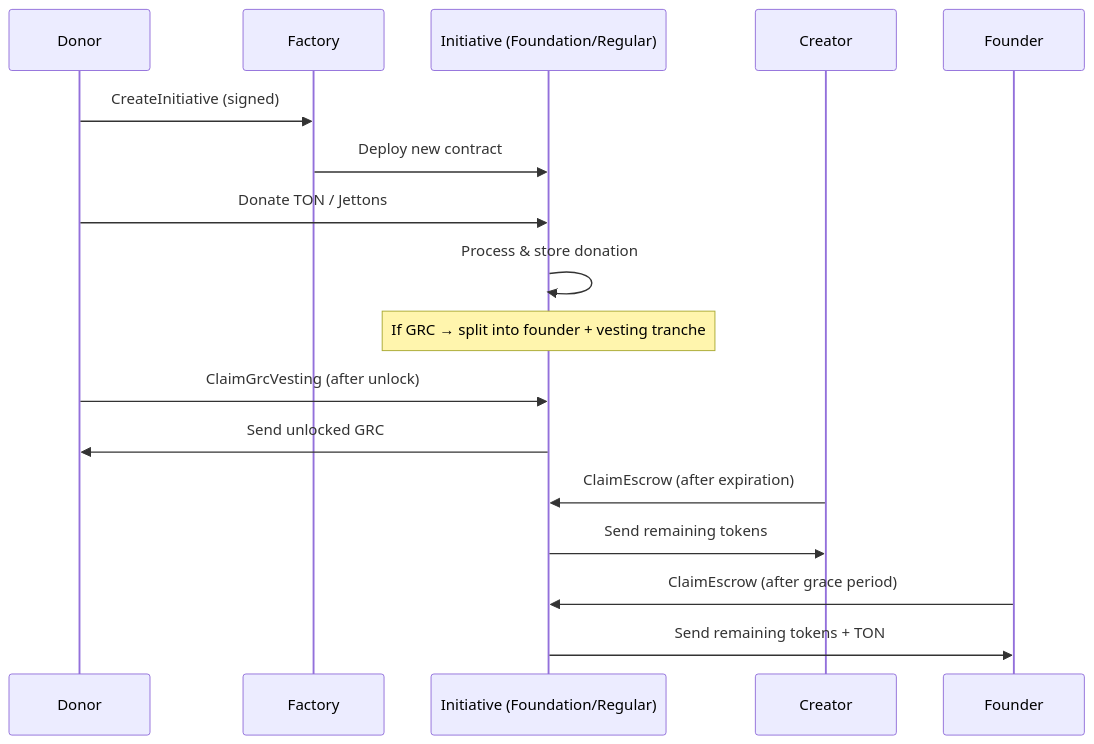
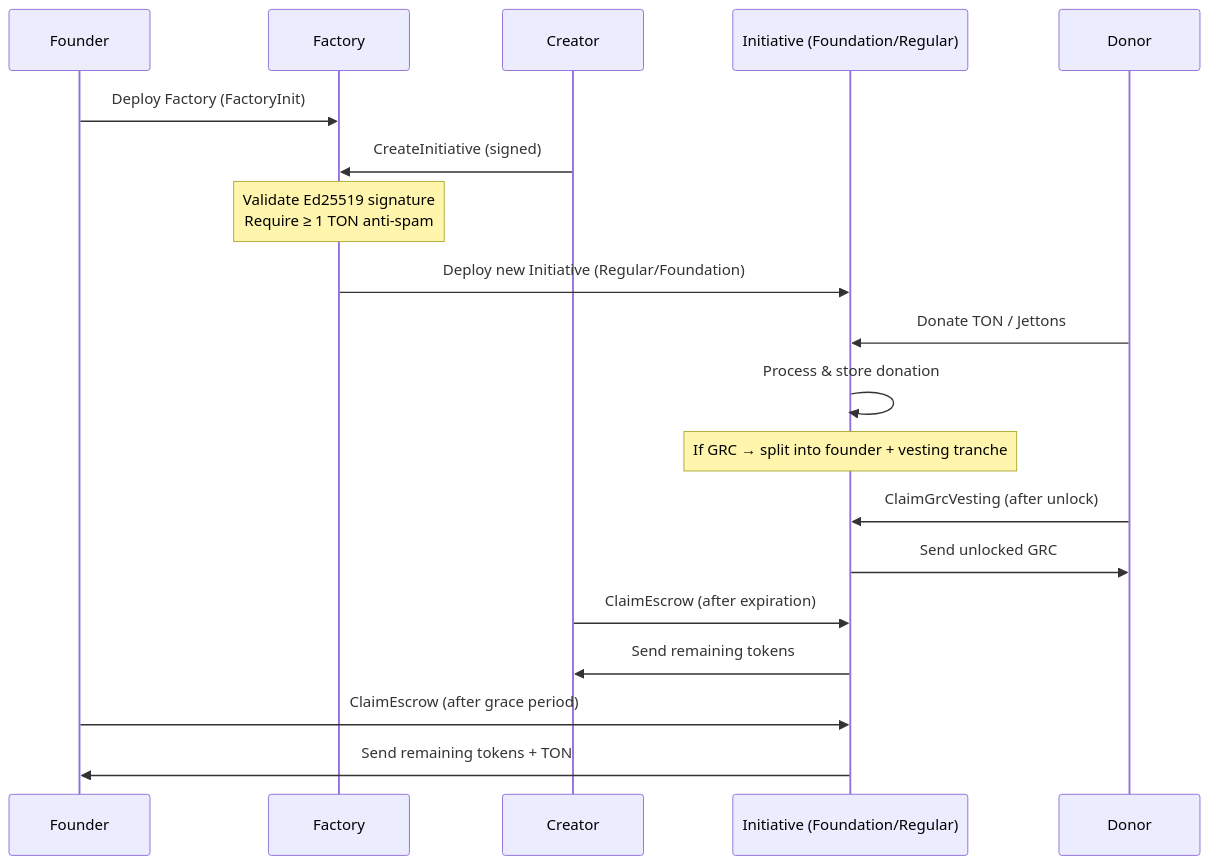
The diagram in README.md (eliot58/grouche_contract), drawn with Mermaid before and after one commit.

````diff
--- a/README.md
+++ b/README.md
@@ -228,20 +228,26 @@
 ```mermaid
 sequenceDiagram
+    participant O as Founder
+    participant F as Factory
+    participant C as Creator
+    participant I as Initiative (Foundation/Regular)
     participant A as Donor
-    participant F as Factory
-    participant I as Initiative (Foundation/Regular)
-    participant C as Creator
-    participant O as Founder
 
-    A->>F: CreateInitiative (signed)
-    F->>I: Deploy new contract
+    O->>F: Deploy Factory (FactoryInit)
+    C->>F: CreateInitiative (signed)
+    Note over F: Validate Ed25519 signature<br/>Require ≥ 1 TON anti-spam
+    F->>I: Deploy new Initiative (Regular/Foundation)
+
     A->>I: Donate TON / Jettons
     I->>I: Process & store donation
     Note over I: If GRC → split into founder + vesting tranche
+
     A->>I: ClaimGrcVesting (after unlock)
     I->>A: Send unlocked GRC
+
     C->>I: ClaimEscrow (after expiration)
     I->>C: Send remaining tokens
+
     O->>I: ClaimEscrow (after grace period)
     I->>O: Send remaining tokens + TON
 ```
````
